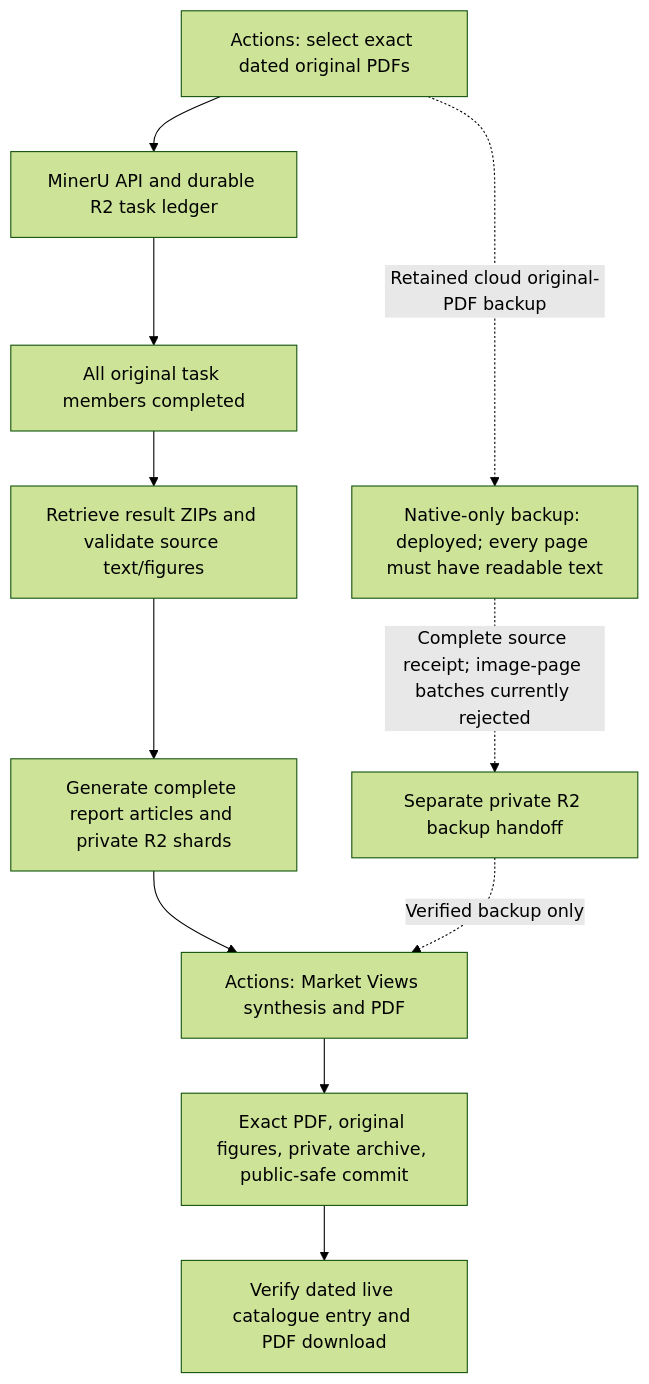
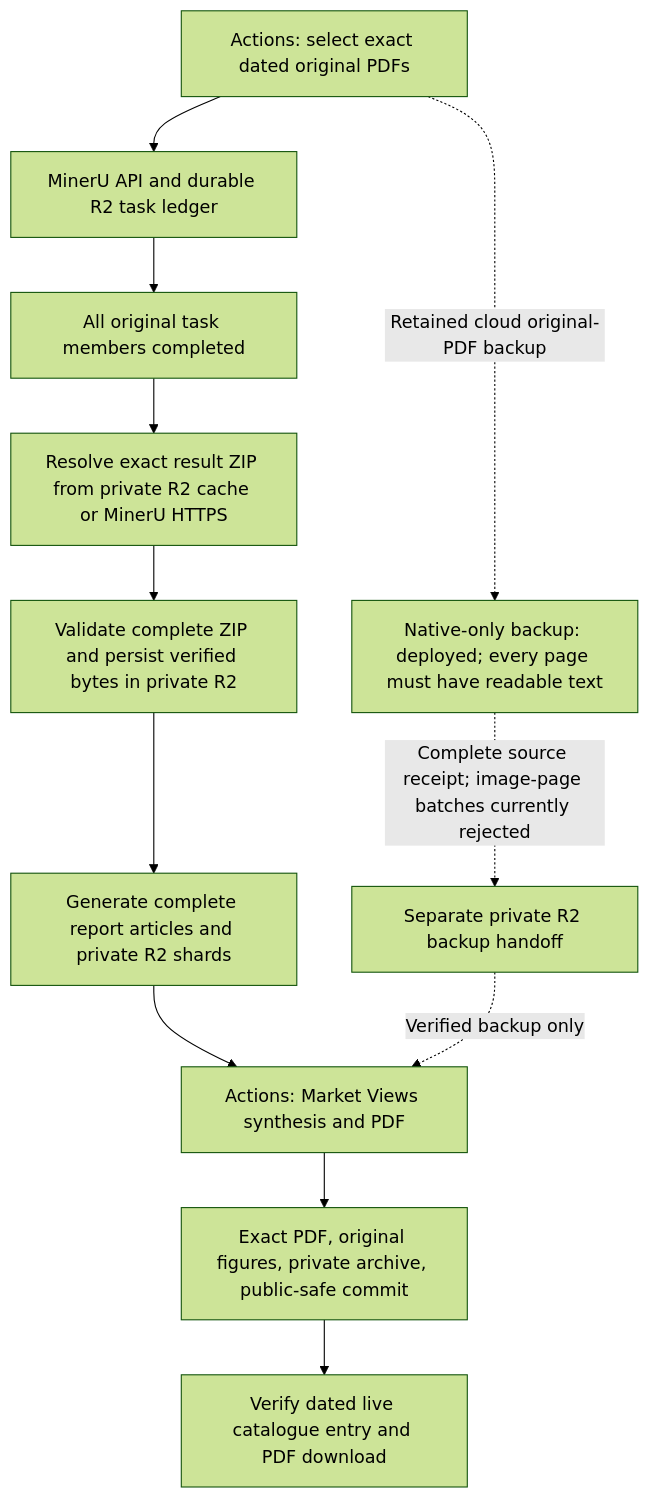
Before and after one commit to yt-feng/rpt_edit: the diagram in docs/market-views-source-recovery.md, drawn with Mermaid (forest theme). The commit also changed other lines of this file and 17 other files, not shown here.

Commit message:
Preserve complete MinerU results in private R2 and inspect cloud recovery paths

````diff
--- a/docs/market-views-source-recovery.md
+++ b/docs/market-views-source-recovery.md
@@ -16,13 +16,14 @@
 ```mermaid
 flowchart TD
   A["Actions: select exact dated original PDFs"] --> B["MinerU API and durable R2 task ledger"]
   B --> C["All original task members completed"]
-  C --> D["Retrieve result ZIPs and validate source text/figures"]
-  D --> E["Generate complete report articles and private R2 shards"]
+  C --> D["Resolve exact result ZIP from private R2 cache or MinerU HTTPS"]
+  D --> K["Validate complete ZIP and persist verified bytes in private R2"]
+  K --> E["Generate complete report articles and private R2 shards"]
   E --> F["Actions: Market Views synthesis and PDF"]
   F --> G["Exact PDF, original figures, private archive, public-safe commit"]
   G --> H["Verify dated live catalogue entry and PDF download"]
   A -. "Retained cloud original-PDF backup" .-> I["Native-only backup: deployed; every page must have readable text"]
   I -. "Complete source receipt; image-page batches currently rejected" .-> J["Separate private R2 backup handoff"]
   J -. "Verified backup only" .-> F
 ```
````
